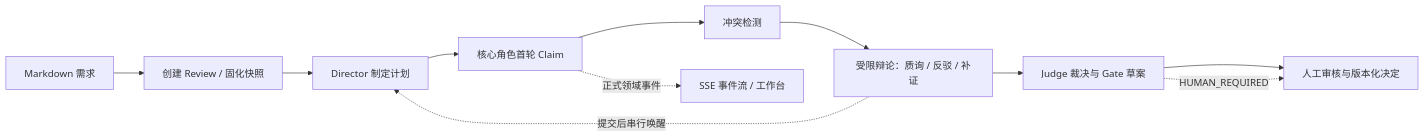
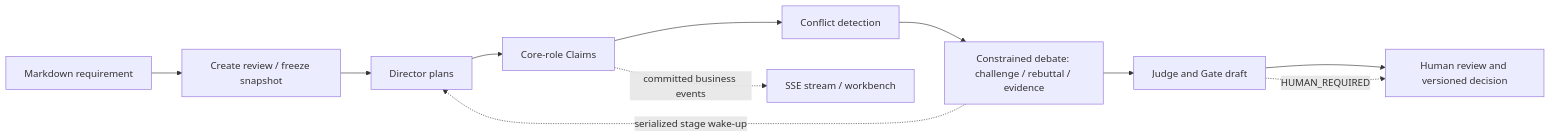
One commit to cc-chongming/chongming changed the diagram in README.md. Above: the diagram before and after it, drawn with Mermaid. The commit also changed other lines of this file and 1 other file, not shown here.

````diff
--- a/README.md
+++ b/README.md
@@ -35,14 +37,14 @@
 ```mermaid
 flowchart LR
-    A["Markdown 需求"] --> B["创建 Review / 固化快照"]
-    B --> C["Director 制定计划"]
-    C --> D["核心角色首轮 Claim"]
-    D --> E["冲突检测"]
-    E --> F["受限辩论：质询 / 反驳 / 补证"]
-    F --> G["Judge 裁决与 Gate 草案"]
-    G --> H["人工审核与版本化决定"]
+    A["Markdown requirement"] --> B["Create review / freeze snapshot"]
+    B --> C["Director plans"]
+    C --> D["Core-role Claims"]
+    D --> E["Conflict detection"]
+    E --> F["Constrained debate: challenge / rebuttal / evidence"]
+    F --> G["Judge and Gate draft"]
+    G --> H["Human review and versioned decision"]
 
-    D -. "正式领域事件" .-> I["SSE 事件流 / 工作台"]
-    F -. "提交后串行唤醒" .-> C
+    D -. "committed business events" .-> I["SSE stream / workbench"]
+    F -. "serialized stage wake-up" .-> C
     G -. "HUMAN_REQUIRED" .-> H
 ```
````
